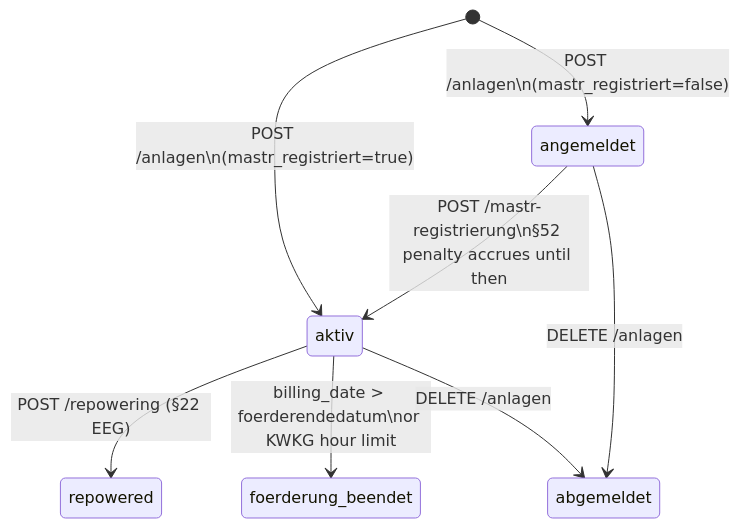
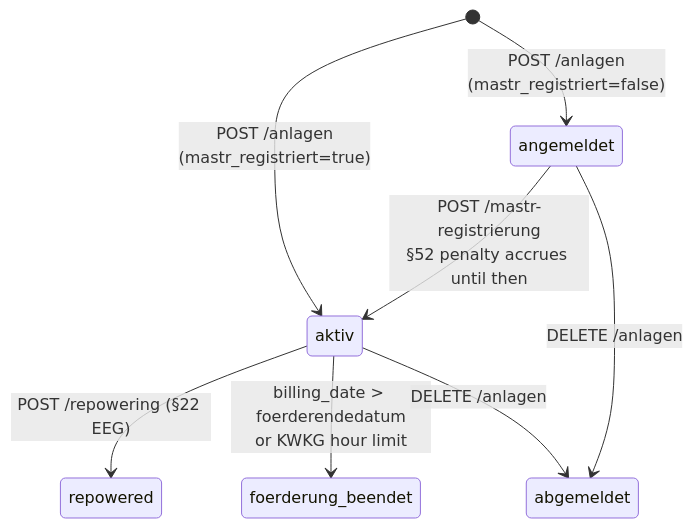
Before and after one commit to hupe1980/mako: the third of 8 diagrams in site/content/docs/services/einsd.md, drawn with Mermaid. The commit also changed other lines of this file and 45 other files, not shown here.

````diff
--- a/site/content/docs/services/einsd.md
+++ b/site/content/docs/services/einsd.md
@@ -248,10 +248,10 @@
 ```mermaid
 stateDiagram-v2
-    [*] --> angemeldet : POST /anlagen\n(mastr_registriert=false)
-    [*] --> aktiv : POST /anlagen\n(mastr_registriert=true)
-    angemeldet --> aktiv : POST /mastr-registrierung\n§52 penalty accrues until then
+    [*] --> angemeldet : POST /anlagen<br/>(mastr_registriert=false)
+    [*] --> aktiv : POST /anlagen<br/>(mastr_registriert=true)
+    angemeldet --> aktiv : POST /mastr-registrierung<br/>§52 penalty accrues until then
     aktiv --> repowered : POST /repowering (§22 EEG)
-    aktiv --> foerderung_beendet : billing_date > foerderendedatum\nor KWKG hour limit
+    aktiv --> foerderung_beendet : billing_date > foerderendedatum<br/>or KWKG hour limit
     aktiv --> abgemeldet : DELETE /anlagen
     angemeldet --> abgemeldet : DELETE /anlagen
 ```
````
